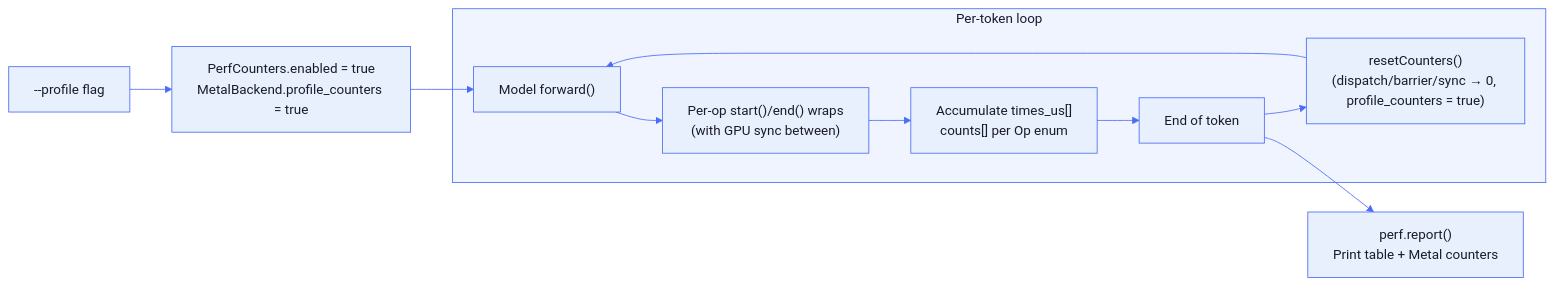
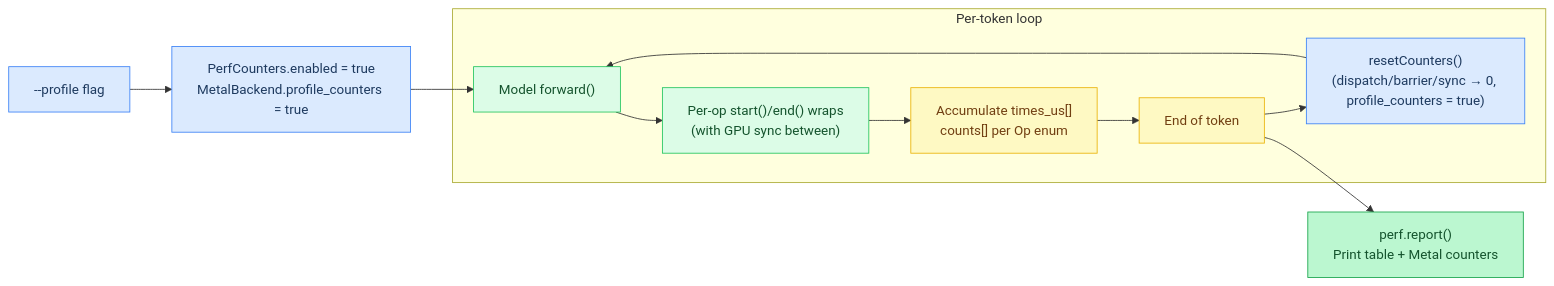
The first of 6 diagrams in docs/tutorial/appendix-profiling.md (maci0/agave), drawn with Mermaid before and after one commit. The commit also changed other lines of this file and 24 other files, not shown here.

First line of the commit message:
docs: convert all mermaid diagrams to classDef semantic colors

````diff
--- a/docs/tutorial/appendix-profiling.md
+++ b/docs/tutorial/appendix-profiling.md
@@ -9,33 +9,35 @@
 ```mermaid
-%%{init: {'theme': 'base', 'themeVariables': {
-  'primaryColor': '#e8f0fe',
-  'primaryTextColor': '#1a1a2e',
-  'primaryBorderColor': '#4a6cf7',
-  'lineColor': '#4a6cf7',
-  'secondaryColor': '#f0f4ff',
-  'tertiaryColor': '#f8f9ff',
-  'edgeLabelBackground': '#ffffff',
-  'clusterBkg': '#f0f4ff',
-  'clusterBorder': '#4a6cf7',
-  'titleColor': '#1a1a2e',
-  'nodeTextColor': '#1a1a2e',
-  'fontFamily': 'ui-monospace, SFMono-Regular, monospace'
-}}}%%
 flowchart LR
-    CLI["--profile flag"] --> Enable["PerfCounters.enabled = true\nMetalBackend.profile_counters = true"]
-    Enable --> Forward["Model forward()"]
-    Forward --> OpWrap["Per-op start()/end() wraps\n(with GPU sync between)"]
-    OpWrap --> Accumulate["Accumulate times_us[]\ncounts[] per Op enum"]
-    Accumulate --> TokenEnd["End of token"]
-    TokenEnd --> Reset["resetCounters()\n(dispatch/barrier/sync → 0, profile_counters = true)"]
-    TokenEnd --> Report["perf.report()\nPrint table + Metal counters"]
+    classDef setup     fill:#dbeafe,stroke:#3b82f6,color:#1e3a5f
+    classDef sync      fill:#dcfce7,stroke:#22c55e,color:#14532d
+    classDef migration fill:#fef9c3,stroke:#eab308,color:#713f12
+    classDef success   fill:#bbf7d0,stroke:#16a34a,color:#14532d
+    classDef danger    fill:#fee2e2,stroke:#ef4444,color:#7f1d1d
+    classDef optional  fill:#f3e8ff,stroke:#9333ea,color:#581c87
+
+    CLI["--profile flag"]:::setup
+    Enable["PerfCounters.enabled = true\nMetalBackend.profile_counters = true"]:::setup
+    Forward["Model forward()"]:::sync
+    OpWrap["Per-op start()/end() wraps\n(with GPU sync between)"]:::sync
+    Accumulate["Accumulate times_us[]\ncounts[] per Op enum"]:::migration
+    TokenEnd["End of token"]:::migration
+    Reset["resetCounters()\n(dispatch/barrier/sync → 0, profile_counters = true)"]:::setup
+    Report["perf.report()\nPrint table + Metal counters"]:::success
+
+    CLI --> Enable
+    Enable --> Forward
+    Forward --> OpWrap
+    OpWrap --> Accumulate
+    Accumulate --> TokenEnd
+    TokenEnd --> Reset
+    TokenEnd --> Report
     Reset --> Forward
 
     subgraph Hot["Per-token loop"]
         Forward
         OpWrap
         Accumulate
         TokenEnd
         Reset
     end
 ```
````
